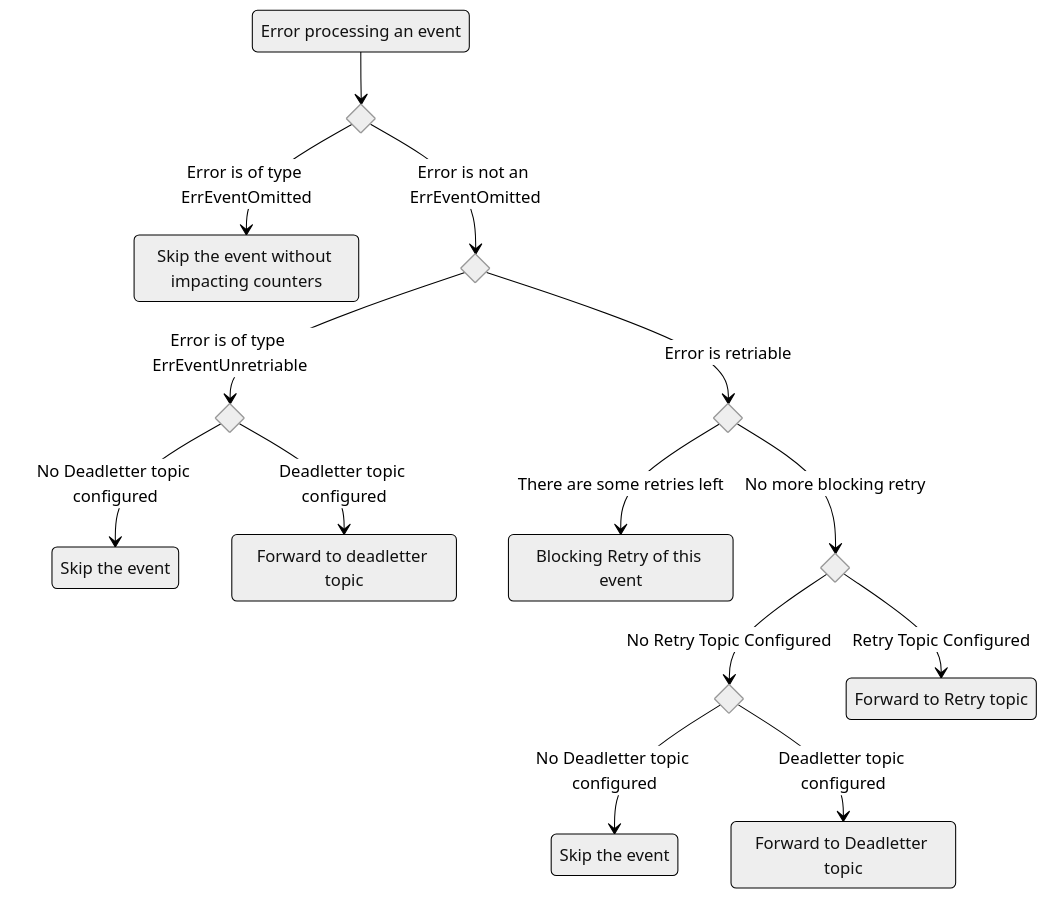
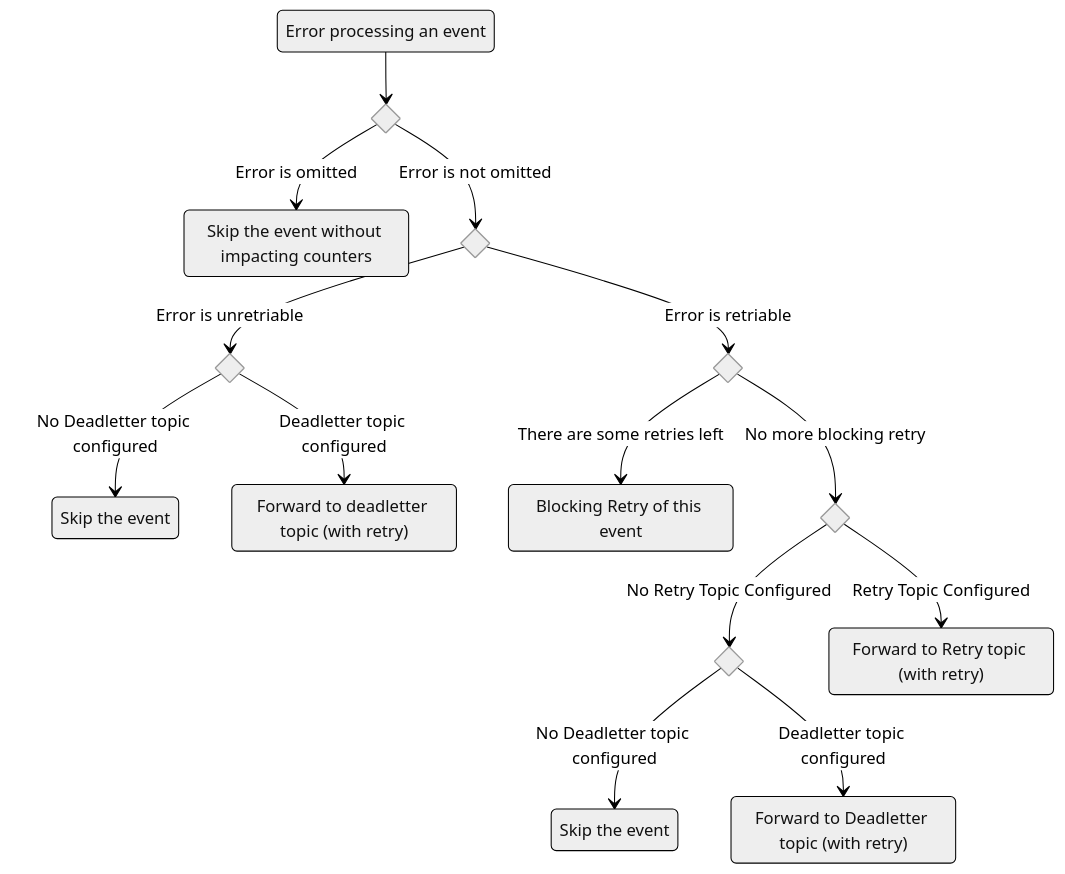
Before and after one commit to ricardo-ch/go-kafka: the diagram in README.md, drawn with Mermaid (neutral theme). The commit also changed other lines of this file and 1 other file, not shown here.

````diff
--- a/README.md
+++ b/README.md
@@ -67,33 +66,33 @@
 ```mermaid
 stateDiagram-v2
 
 init: Error processing an event
 state is_omitable_err <<choice>>
 skipWithoutCounting: Skip the event without impacting counters
 state is_retriable_err <<choice>>
 state is_deadletter_configured <<choice>>
 skip: Skip the event
-forwardDL: Forward to deadletter topic
+forwardDL: Forward to deadletter topic (with retry)
 state should_retry <<choice>>
 blocking_retry : Blocking Retry of this event
 state is_retry_topic_configured <<choice>>
 state is_deadletter_configured2 <<choice>>
-forwardRQ: Forward to Retry topic
+forwardRQ: Forward to Retry topic (with retry)
 skip2: Skip the event
-defaultDL: Forward to Deadletter topic
+defaultDL: Forward to Deadletter topic (with retry)
 
 init --> is_omitable_err
-is_omitable_err --> skipWithoutCounting: Error is of type ErrEventOmitted
-is_omitable_err --> is_retriable_err: Error is not an ErrEventOmitted
-is_retriable_err --> is_deadletter_configured: Error is of type ErrEventUnretriable
+is_omitable_err --> skipWithoutCounting: Error is omitted
+is_omitable_err --> is_retriable_err: Error is not omitted
+is_retriable_err --> is_deadletter_configured: Error is unretriable
 is_retriable_err --> should_retry: Error is retriable
 should_retry --> blocking_retry: There are some retries left
 should_retry --> is_retry_topic_configured : No more blocking retry
 is_deadletter_configured --> skip: No Deadletter topic configured
 is_deadletter_configured --> forwardDL: Deadletter topic configured
 is_retry_topic_configured --> forwardRQ: Retry Topic Configured
 is_retry_topic_configured --> is_deadletter_configured2: No Retry Topic Configured
 is_deadletter_configured2 --> skip2: No Deadletter topic configured
 is_deadletter_configured2 --> defaultDL: Deadletter topic configured 
 
 ```
````
